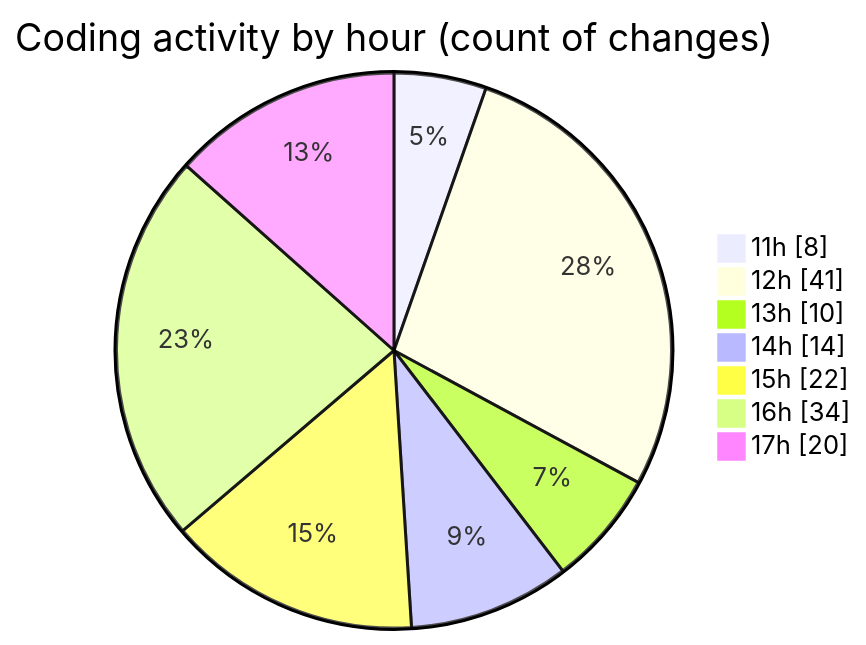
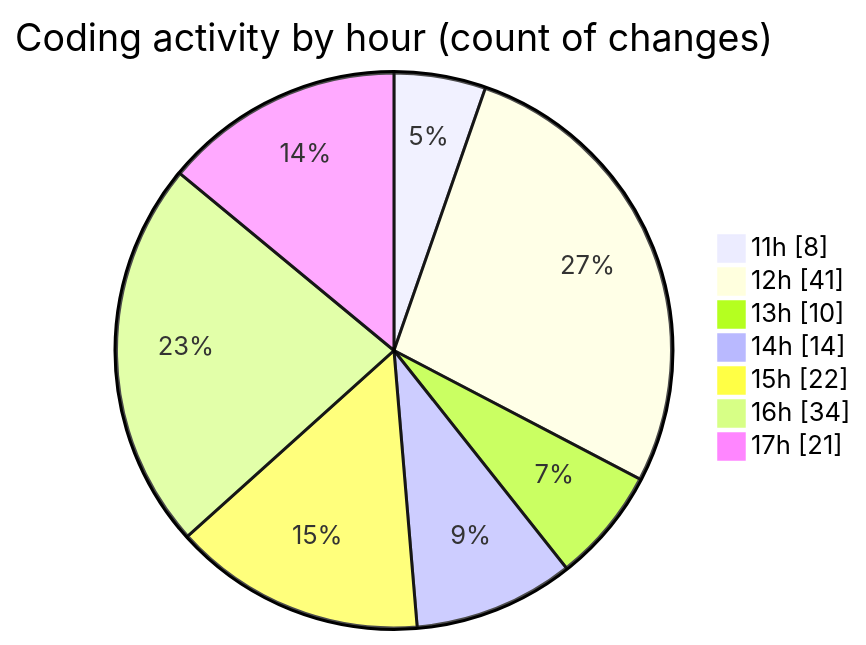
The second of 2 diagrams in 2025-05-04/project/README.md (BS-eng2023/code-tracking), drawn with Mermaid before and after one commit. The commit also changed other lines of this file and 1 other file, not shown here.

````diff
--- a/2025-05-04/project/README.md
+++ b/2025-05-04/project/README.md
@@ -54,11 +54,11 @@
 ```mermaid
 pie showData
 title Coding activity by hour (count of changes)
 "11h" : 8
 "12h" : 41
 "13h" : 10
 "14h" : 14
 "15h" : 22
 "16h" : 34
-"17h" : 20
+"17h" : 21
 ```
````
